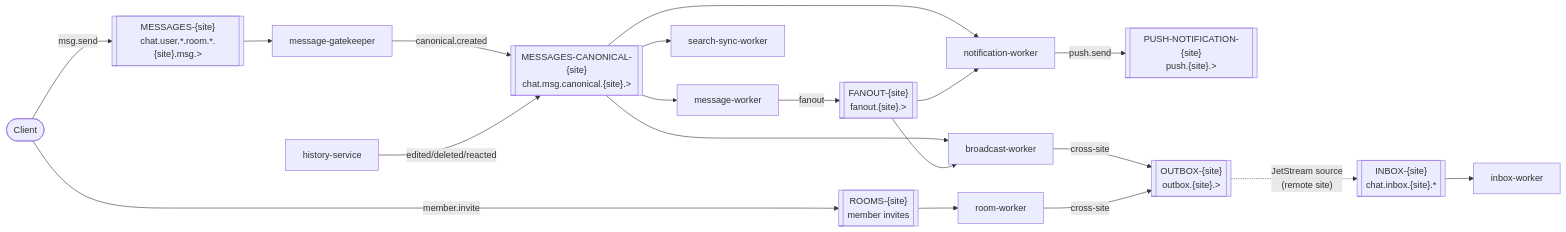
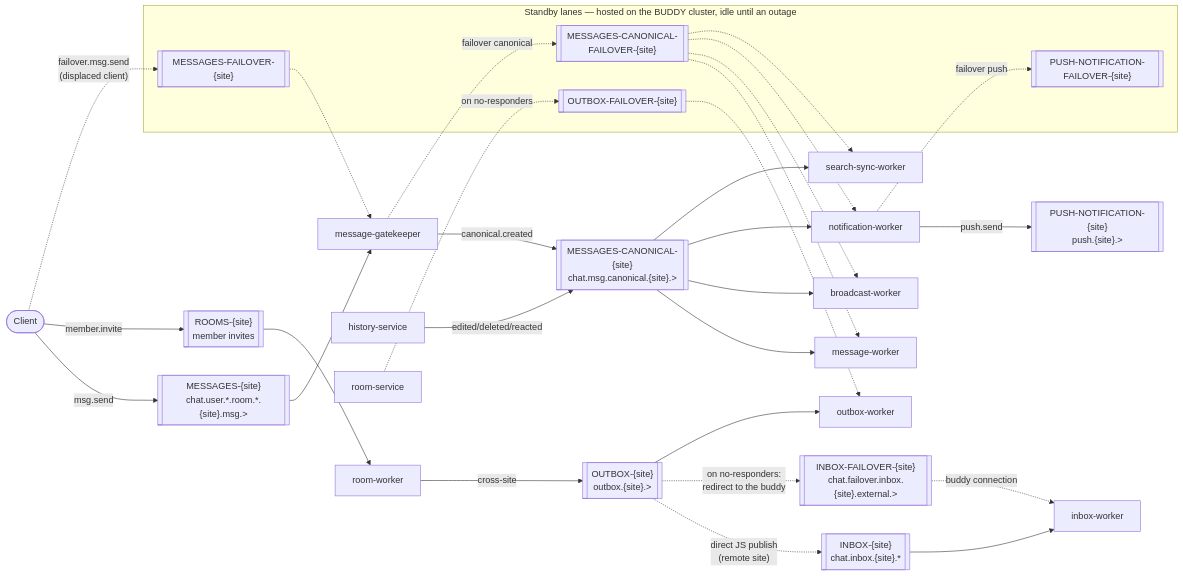
The fourth of 5 diagrams in docs/architecture.md (hmchangw/newchat), drawn with Mermaid before and after one commit. The commit also changed other lines of this file and 7 other files, not shown here.

First line of the commit message:
docs: design NATS site failover with buddy-hosted standby lanes

````diff
--- a/docs/architecture.md
+++ b/docs/architecture.md
@@ -196,37 +194,54 @@
 ```mermaid
 flowchart LR
     Client(["Client"])
 
     MESSAGES[["MESSAGES-{site}<br/>chat.user.*.room.*.{site}.msg.&gt;"]]
     CANON[["MESSAGES-CANONICAL-{site}<br/>chat.msg.canonical.{site}.&gt;"]]
-    FANOUT[["FANOUT-{site}<br/>fanout.{site}.&gt;"]]
     ROOMS[["ROOMS-{site}<br/>member invites"]]
     PUSH[["PUSH-NOTIFICATION-{site}<br/>push.{site}.&gt;"]]
     OUTBOX[["OUTBOX-{site}<br/>outbox.{site}.&gt;"]]
     INBOX[["INBOX-{site}<br/>chat.inbox.{site}.*"]]
+    INBOXFO[["INBOX-FAILOVER-{site}<br/>chat.failover.inbox.{site}.external.&gt;"]]
+
+    subgraph Standby["Standby lanes — hosted on the BUDDY cluster, idle until an outage"]
+        MSGFO[["MESSAGES-FAILOVER-{site}"]]
+        CANONFO[["MESSAGES-CANONICAL-FAILOVER-{site}"]]
+        PUSHFO[["PUSH-NOTIFICATION-FAILOVER-{site}"]]
+        OUTBOXFO[["OUTBOX-FAILOVER-{site}"]]
+    end
 
     Client -->|msg.send| MESSAGES
     MESSAGES --> GK[message-gatekeeper]
     GK -->|canonical.created| CANON
 
     CANON --> MW[message-worker]
     CANON --> BW[broadcast-worker]
     CANON --> NW[notification-worker]
     CANON --> SS[search-sync-worker]
 
-    MW -->|fanout| FANOUT
-    FANOUT --> BW
-    FANOUT --> NW
-
     Client -->|member.invite| ROOMS
     ROOMS --> RW[room-worker]
 
     NW -->|push.send| PUSH
 
-    BW -->|cross-site| OUTBOX
     RW -->|cross-site| OUTBOX
-    OUTBOX -. "JetStream source<br/>(remote site)" .-> INBOX
+    OUTBOX -. "direct JS publish<br/>(remote site)" .-> INBOX
+    OUTBOX -. "on no-responders:<br/>redirect to the buddy" .-> INBOXFO
     INBOX --> IW[inbox-worker]
+    INBOXFO -. "buddy connection" .-> IW
 
     HS[history-service] -->|edited/deleted/reacted| CANON
+
+    %% Failover path: same services, standby streams on the buddy cluster.
+    Client -.->|"failover.msg.send<br/>(displaced client)"| MSGFO
+    MSGFO -.-> GK
+    GK -.->|failover canonical| CANONFO
+    CANONFO -.-> MW
+    CANONFO -.-> BW
+    CANONFO -.-> NW
+    CANONFO -.-> SS
+    NW -.->|failover push| PUSHFO
+    RS[room-service] -.->|"on no-responders"| OUTBOXFO
+    OUTBOXFO -.-> OW[outbox-worker]
+    OUTBOX --> OW
 ```
````
